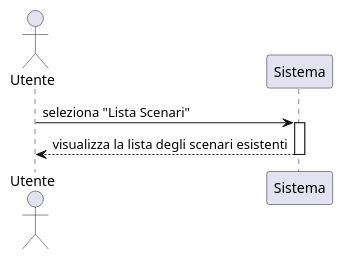
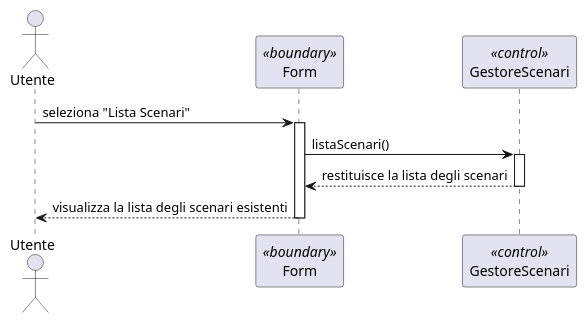
Before and after one commit to Mastronardidavide/Progetto_ing_del_software: the diagram in documenti vari/diagrammi di sequenza/Scenari/ListaScenari.puml, drawn with PlantUML. The commit also changed 55 other files, not shown here.

Commit message:
Correzione diagrammi di sequenza

```diff
--- a/documenti vari/diagrammi di sequenza/Scenari/ListaScenari.puml
+++ b/documenti vari/diagrammi di sequenza/Scenari/ListaScenari.puml
@@ -1,10 +1,17 @@
 @startuml
 actor Utente
-participant Sistema
+participant Form <<boundary>>
+participant GestoreScenari <<control>>
 
-Utente -> Sistema : seleziona "Lista Scenari"
-activate Sistema
+Utente -> Form : seleziona "Lista Scenari"
+activate Form
 
-Sistema --> Utente : visualizza la lista degli scenari esistenti
-deactivate Sistema
+Form -> GestoreScenari : listaScenari()
+activate GestoreScenari
+
+GestoreScenari --> Form : restituisce la lista degli scenari
+deactivate GestoreScenari
+
+Form --> Utente : visualizza la lista degli scenari esistenti
+deactivate Form
 @enduml
```
